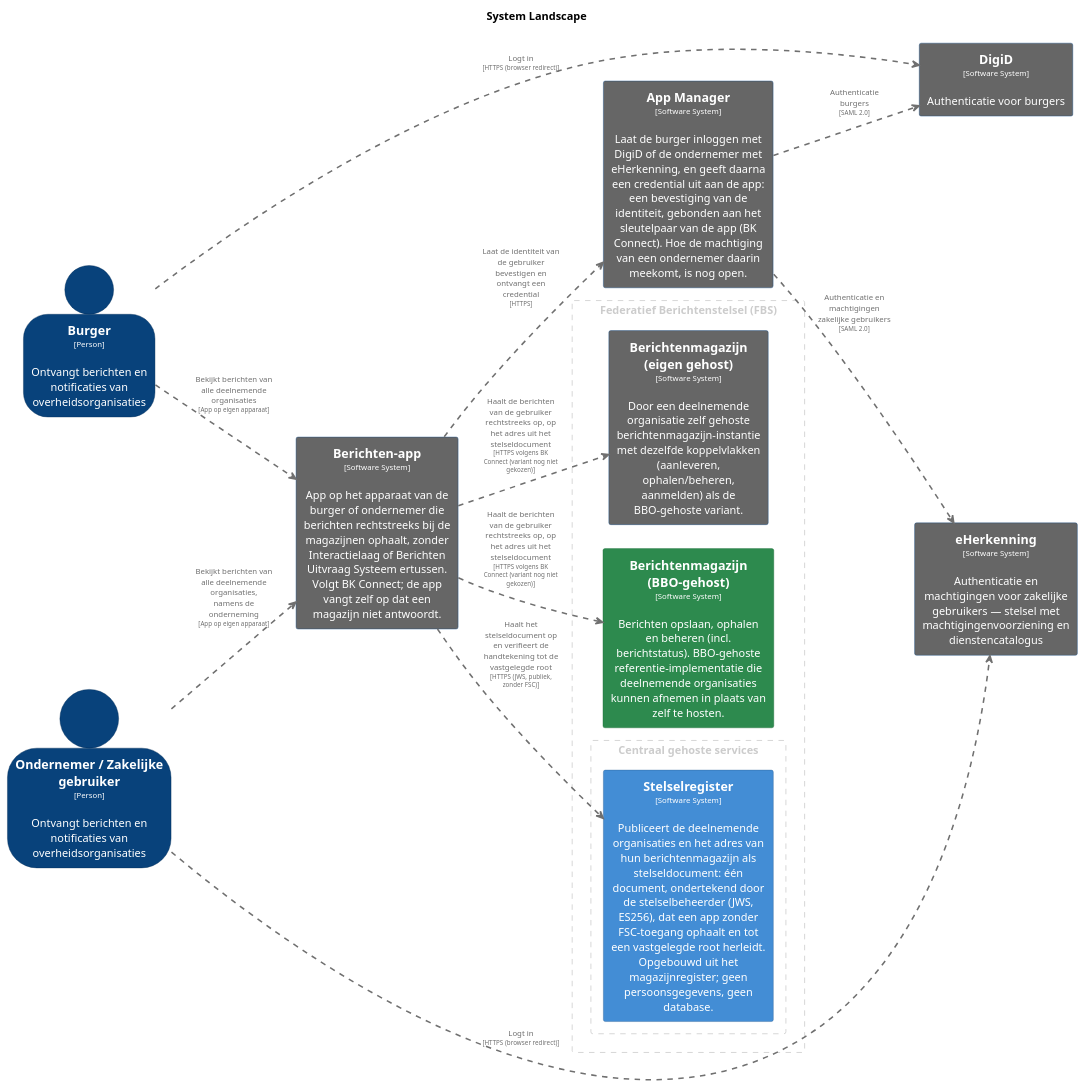
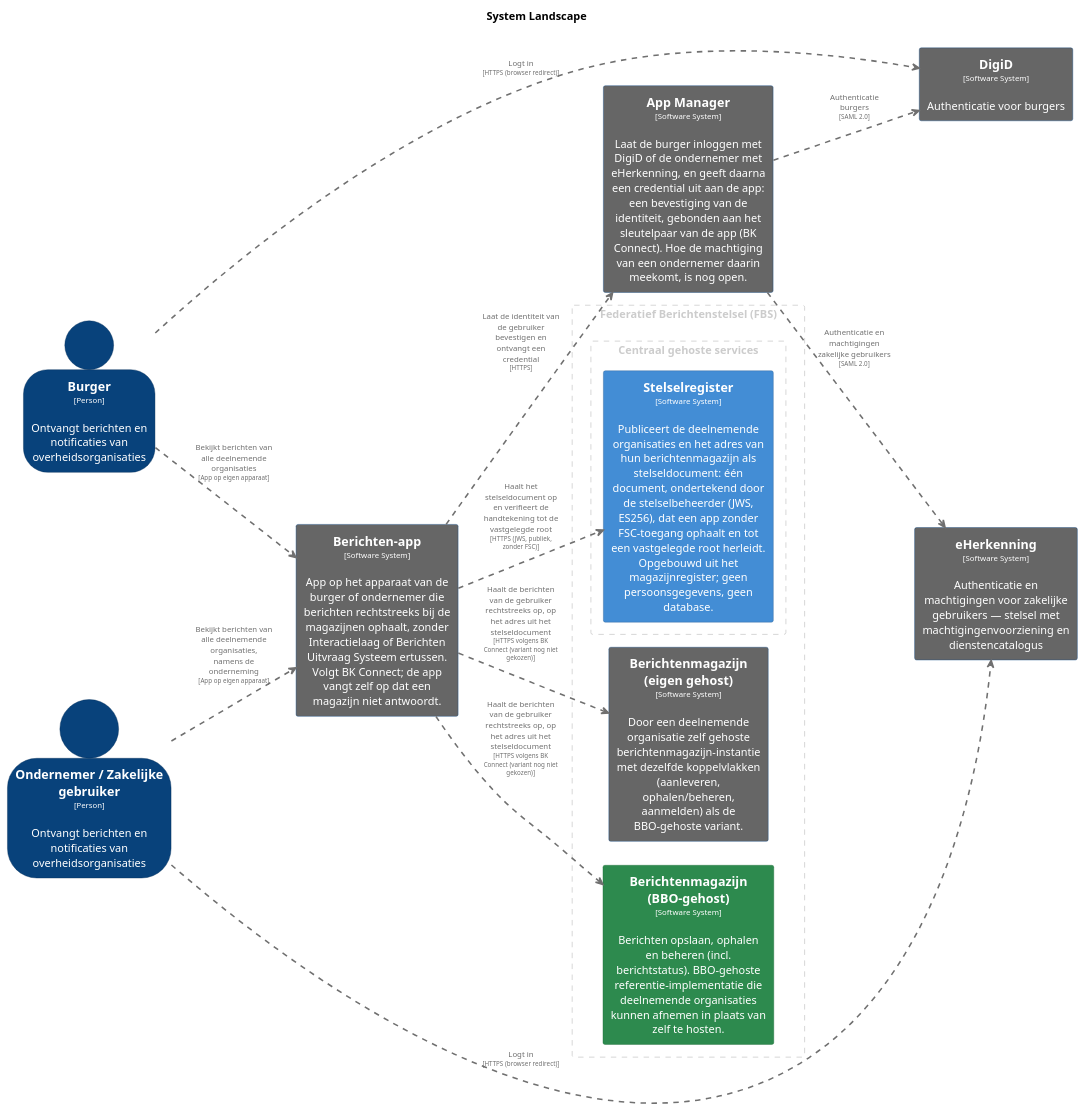
The diagram in pr-preview/pr-393/master/puml/RechtstreeksOphalen.puml (MinBZK/moza-poc-fbs-berichtenbox), drawn with PlantUML before and after one commit. The commit also changed other lines of this file and 36 other files, not shown here.

```diff
--- a/pr-preview/pr-393/master/puml/RechtstreeksOphalen.puml
+++ b/pr-preview/pr-393/master/puml/RechtstreeksOphalen.puml
@@ -1,107 +1,107 @@
 @startuml
 set separator none
 title System Landscape
 
 left to right direction
 skinparam ranksep 60
 skinparam nodesep 30
 
 skinparam {
   arrowFontSize 10
   defaultTextAlignment center
   wrapWidth 200
   maxMessageSize 100
 }
 
 hide stereotype
 
 skinparam rectangle<<AppManager>> {
   BackgroundColor #666666
   FontColor #ffffff
   BorderColor #0b4884
   shadowing false
 }
 skinparam rectangle<<Berichtenapp>> {
   BackgroundColor #666666
   FontColor #ffffff
   BorderColor #0b4884
   shadowing false
 }
 skinparam rectangle<<BerichtenmagazijnBBOgehost>> {
   BackgroundColor #2d8a4e
   FontColor #ffffff
   BorderColor #1e6b38
   shadowing false
 }
 skinparam rectangle<<Berichtenmagazijneigengehost>> {
   BackgroundColor #666666
   FontColor #ffffff
   BorderColor #0b4884
   shadowing false
 }
 skinparam person<<Burger>> {
   BackgroundColor #08427b
   FontColor #ffffff
   BorderColor #052e56
   shadowing false
 }
 skinparam rectangle<<DigiD>> {
   BackgroundColor #666666
   FontColor #ffffff
   BorderColor #0b4884
   shadowing false
 }
 skinparam person<<OndernemerZakelijkegebruiker>> {
   BackgroundColor #08427b
   FontColor #ffffff
   BorderColor #052e56
   shadowing false
 }
 skinparam rectangle<<Stelselregister>> {
   BackgroundColor #438dd5
   FontColor #ffffff
   BorderColor #2e6295
   shadowing false
 }
 skinparam rectangle<<eHerkenning>> {
   BackgroundColor #666666
   FontColor #ffffff
   BorderColor #0b4884
   shadowing false
 }
 
 rectangle "Federatief Berichtenstelsel (FBS)" <<group1>> as group1 {
   skinparam RectangleBorderColor<<group1>> #cccccc
   skinparam RectangleFontColor<<group1>> #cccccc
   skinparam RectangleBorderStyle<<group1>> dashed
 
   rectangle "==Berichtenmagazijn (eigen gehost)\n<size:10>[Software System]</size>\n\nDoor een deelnemende organisatie zelf gehoste berichtenmagazijn-instantie met dezelfde koppelvlakken (aanleveren, ophalen/beheren, aanmelden) als de BBO-gehoste variant." <<Berichtenmagazijneigengehost>> as Berichtenmagazijneigengehost
   rectangle "==Berichtenmagazijn (BBO-gehost)\n<size:10>[Software System]</size>\n\nBerichten opslaan, ophalen en beheren (incl. berichtstatus). BBO-gehoste referentie-implementatie die deelnemende organisaties kunnen afnemen in plaats van zelf te hosten." <<BerichtenmagazijnBBOgehost>> as BerichtenmagazijnBBOgehost
     rectangle "Centraal gehoste services" <<group2>> as group2 {
       skinparam RectangleBorderColor<<group2>> #cccccc
       skinparam RectangleFontColor<<group2>> #cccccc
       skinparam RectangleBorderStyle<<group2>> dashed
 
       rectangle "==Stelselregister\n<size:10>[Software System]</size>\n\nPubliceert de deelnemende organisaties en het adres van hun berichtenmagazijn als stelseldocument: één document, ondertekend door de stelselbeheerder (JWS, ES256), dat een app zonder FSC-toegang ophaalt en tot een vastgelegde root herleidt. Opgebouwd uit het magazijnregister; geen persoonsgegevens, geen database." <<Stelselregister>> as Stelselregister
     }
 
 }
 
 person "==Burger\n<size:10>[Person]</size>\n\nOntvangt berichten en notificaties van overheidsorganisaties" <<Burger>> as Burger
+rectangle "==Berichten-app\n<size:10>[Software System]</size>\n\nApp op het apparaat van de burger of ondernemer die berichten rechtstreeks bij de magazijnen ophaalt, zonder Interactielaag of Berichten Uitvraag Systeem ertussen. Volgt BK Connect; de app vangt zelf op dat een magazijn niet antwoordt." <<Berichtenapp>> as Berichtenapp
 rectangle "==App Manager\n<size:10>[Software System]</size>\n\nLaat de burger inloggen met DigiD of de ondernemer met eHerkenning, en geeft daarna een credential uit aan de app: een bevestiging van de identiteit, gebonden aan het sleutelpaar van de app (BK Connect). Hoe de machtiging van een ondernemer daarin meekomt, is nog open." <<AppManager>> as AppManager
 person "==Ondernemer / Zakelijke gebruiker\n<size:10>[Person]</size>\n\nOntvangt berichten en notificaties van overheidsorganisaties" <<OndernemerZakelijkegebruiker>> as OndernemerZakelijkegebruiker
 rectangle "==eHerkenning\n<size:10>[Software System]</size>\n\nAuthenticatie en machtigingen voor zakelijke gebruikers — stelsel met machtigingenvoorziening en dienstencatalogus" <<eHerkenning>> as eHerkenning
 rectangle "==DigiD\n<size:10>[Software System]</size>\n\nAuthenticatie voor burgers" <<DigiD>> as DigiD
-rectangle "==Berichten-app\n<size:10>[Software System]</size>\n\nApp op het apparaat van de burger of ondernemer die berichten rechtstreeks bij de magazijnen ophaalt, zonder Interactielaag of Berichten Uitvraag Systeem ertussen. Volgt BK Connect; de app vangt zelf op dat een magazijn niet antwoordt." <<Berichtenapp>> as Berichtenapp
 
 Burger .[#707070,thickness=2].> DigiD : "<color:#707070>Logt in\n<color:#707070><size:8>[HTTPS (browser redirect)]</size>"
 OndernemerZakelijkegebruiker .[#707070,thickness=2].> eHerkenning : "<color:#707070>Logt in\n<color:#707070><size:8>[HTTPS (browser redirect)]</size>"
 Burger .[#707070,thickness=2].> Berichtenapp : "<color:#707070>Bekijkt berichten van alle deelnemende organisaties\n<color:#707070><size:8>[App op eigen apparaat]</size>"
 OndernemerZakelijkegebruiker .[#707070,thickness=2].> Berichtenapp : "<color:#707070>Bekijkt berichten van alle deelnemende organisaties, namens de onderneming\n<color:#707070><size:8>[App op eigen apparaat]</size>"
 Berichtenapp .[#707070,thickness=2].> AppManager : "<color:#707070>Laat de identiteit van de gebruiker bevestigen en ontvangt een credential\n<color:#707070><size:8>[HTTPS]</size>"
 AppManager .[#707070,thickness=2].> DigiD : "<color:#707070>Authenticatie burgers\n<color:#707070><size:8>[SAML 2.0]</size>"
 AppManager .[#707070,thickness=2].> eHerkenning : "<color:#707070>Authenticatie en machtigingen zakelijke gebruikers\n<color:#707070><size:8>[SAML 2.0]</size>"
 Berichtenapp .[#707070,thickness=2].> Stelselregister : "<color:#707070>Haalt het stelseldocument op en verifieert de handtekening tot de vastgelegde root\n<color:#707070><size:8>[HTTPS (JWS, publiek, zonder FSC)]</size>"
 Berichtenapp .[#707070,thickness=2].> BerichtenmagazijnBBOgehost : "<color:#707070>Haalt de berichten van de gebruiker rechtstreeks op, op het adres uit het stelseldocument\n<color:#707070><size:8>[HTTPS volgens BK Connect (variant nog niet gekozen)]</size>"
 Berichtenapp .[#707070,thickness=2].> Berichtenmagazijneigengehost : "<color:#707070>Haalt de berichten van de gebruiker rechtstreeks op, op het adres uit het stelseldocument\n<color:#707070><size:8>[HTTPS volgens BK Connect (variant nog niet gekozen)]</size>"
 @enduml
```
